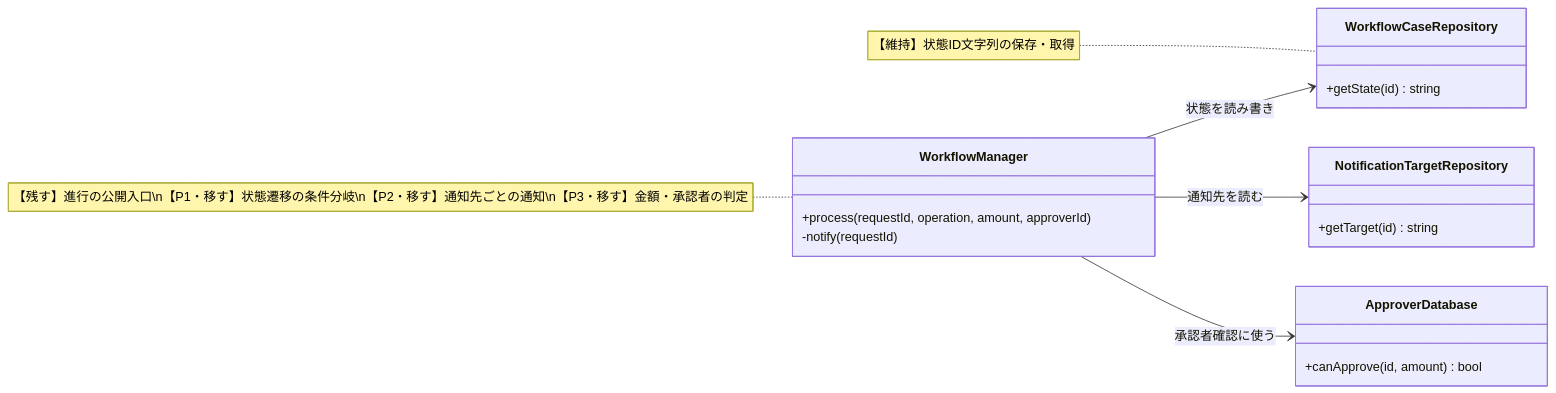
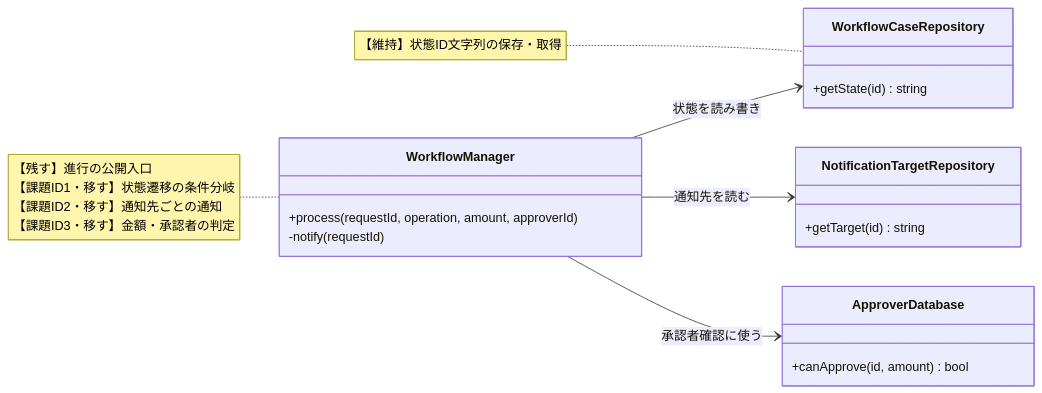
Diagram 13 of 20 in kindle/design-patterns/output/chapter12.md (kumachan1101-pixel/DesignPattern), drawn with Mermaid before and after one commit. The commit also changed other lines of this file and 43 other files, not shown here.

````diff
--- a/kindle/design-patterns/output/chapter12.md
+++ b/kindle/design-patterns/output/chapter12.md
@@ -1187,20 +1275,20 @@
 ```mermaid
 classDiagram
     direction LR
     class WorkflowManager {
         +process(requestId, operation, amount, approverId)
         -notify(requestId)
     }
     class WorkflowCaseRepository { +getState(id) string }
     class NotificationTargetRepository { +getTarget(id) string }
     class ApproverDatabase { +canApprove(id, amount) bool }
     WorkflowManager --> WorkflowCaseRepository : 状態を読み書き
     WorkflowManager --> NotificationTargetRepository : 通知先を読む
     WorkflowManager --> ApproverDatabase : 承認者確認に使う
 
-    note for WorkflowManager "【残す】進行の公開入口\n【P1・移す】状態遷移の条件分岐\n【P2・移す】通知先ごとの通知\n【P3・移す】金額・承認者の判定"
+    note for WorkflowManager "【残す】進行の公開入口<br/>【課題ID1・移す】状態遷移の条件分岐<br/>【課題ID2・移す】通知先ごとの通知<br/>【課題ID3・移す】金額・承認者の判定"
     note for WorkflowCaseRepository "【維持】状態ID文字列の保存・取得"
 
     classDef focus fill:#FFF2CC,stroke:#D6B656,stroke-width:2px,color:#222222
     cssClass "WorkflowManager" focus
 ```
````
